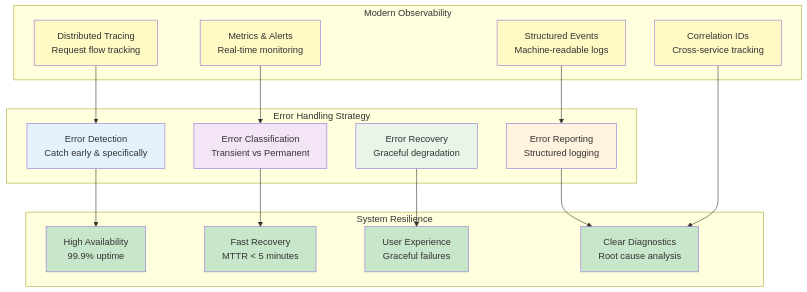
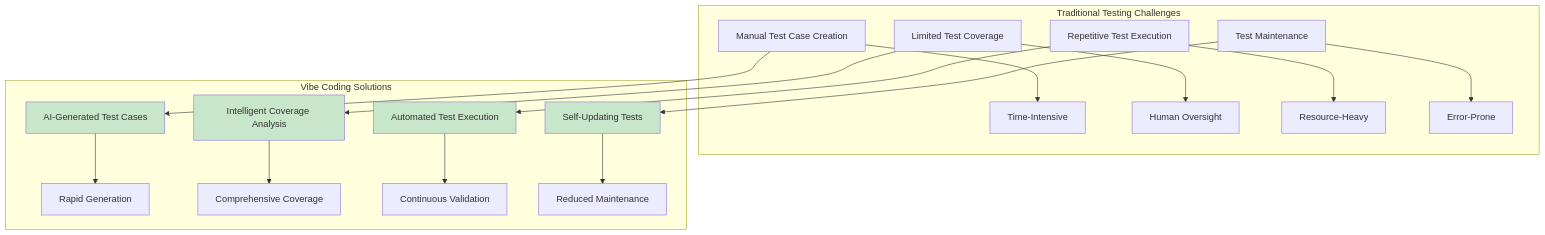
One commit to hunkim/VibeSoftwareEngineering changed the first of 2 diagrams in chapters/chapter-06.md. Above: the diagram before and after it, drawn with Mermaid. The commit also changed other lines of this file and 17 other files, not shown here.

First line of the commit message:
docs(chapters): update chapter-01.md to reflect vibe coding principles and philosophy

````diff
--- a/chapters/chapter-06.md
+++ b/chapters/chapter-06.md
@@ -27,46 +34,26 @@
 ```mermaid
 graph TD
-    subgraph "Error Handling Strategy"
-        A["Error Detection<br/>Catch early & specifically"]
-        B["Error Classification<br/>Transient vs Permanent"]
-        C["Error Recovery<br/>Graceful degradation"]
-        D["Error Reporting<br/>Structured logging"]
+    subgraph "Traditional Testing Challenges"
+        A["Manual Test Case Creation"] --> A1["Time-Intensive"]
+        B["Limited Test Coverage"] --> B1["Human Oversight"]
+        C["Repetitive Test Execution"] --> C1["Resource-Heavy"]
+        D["Test Maintenance"] --> D1["Error-Prone"]
     end
     
-    subgraph "System Resilience"
-        E["High Availability<br/>99.9% uptime"]
-        F["Fast Recovery<br/>MTTR < 5 minutes"]
-        G["Clear Diagnostics<br/>Root cause analysis"]
-        H["User Experience<br/>Graceful failures"]
-    end
-    
-    subgraph "Modern Observability"
-        I["Distributed Tracing<br/>Request flow tracking"]
-        J["Metrics & Alerts<br/>Real-time monitoring"]
-        K["Structured Events<br/>Machine-readable logs"]
-        L["Correlation IDs<br/>Cross-service tracking"]
+    subgraph "Vibe Coding Solutions"
+        E["AI-Generated Test Cases"] --> E1["Rapid Generation"]
+        F["Intelligent Coverage Analysis"] --> F1["Comprehensive Coverage"]
+        G["Automated Test Execution"] --> G1["Continuous Validation"]
+        H["Self-Updating Tests"] --> H1["Reduced Maintenance"]
     end
     
     A --> E
     B --> F
-    C --> H
-    D --> G
+    C --> G
+    D --> H
     
-    I --> A
-    J --> B
-    K --> D
-    L --> G
-    
-    style A fill:#e3f2fd
-    style B fill:#f3e5f5
-    style C fill:#e8f5e8
-    style D fill:#fff3e0
     style E fill:#c8e6c9
     style F fill:#c8e6c9
     style G fill:#c8e6c9
     style H fill:#c8e6c9
-    style I fill:#fff9c4
-    style J fill:#fff9c4
-    style K fill:#fff9c4
-    style L fill:#fff9c4
 ```
````
